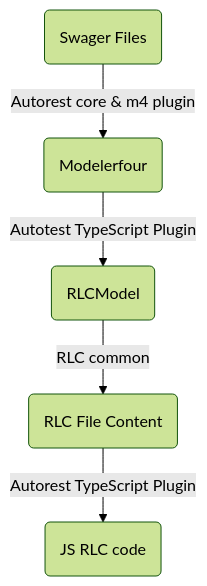
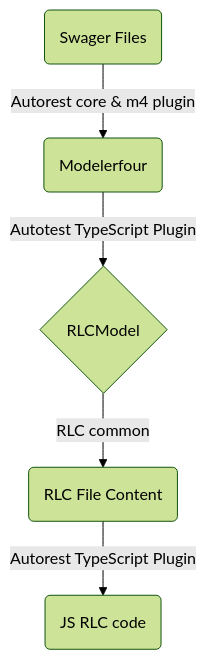
One commit to Azure/autorest.typescript changed the third of 3 diagrams in docs/Design.md. Above: the diagram before and after it, drawn with Mermaid (forest theme).

Commit message:
update flowchart

````diff
--- a/docs/Design.md
+++ b/docs/Design.md
@@ -51,7 +51,7 @@
 ```mermaid
 graph TD
-C(RLCModel) --> |RLC common| D(RLC File Content)
+C{RLCModel} --> |RLC common| D(RLC File Content)
 F(Swager Files) -->|Autorest core & m4 plugin| G(Modelerfour)
 G -->|Autotest TypeScript Plugin| C
 D --> |Autorest TypeScript Plugin| E(JS RLC code)
 ```
````
